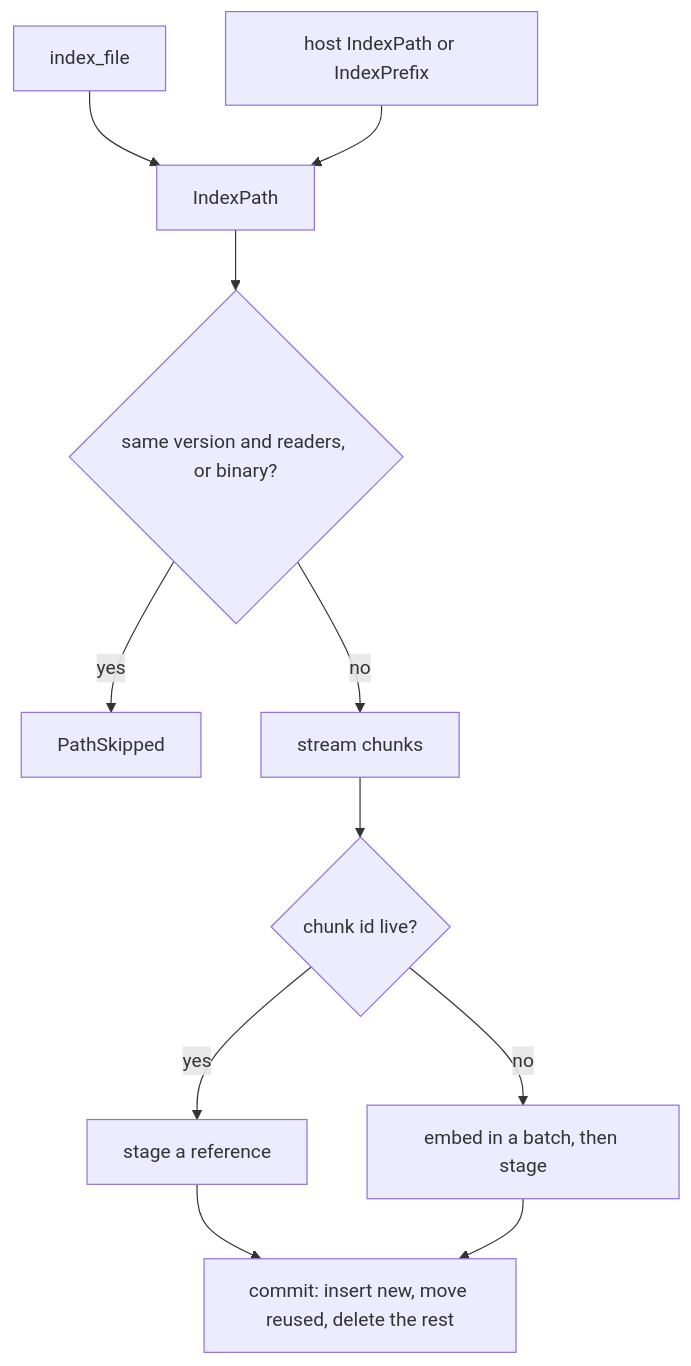
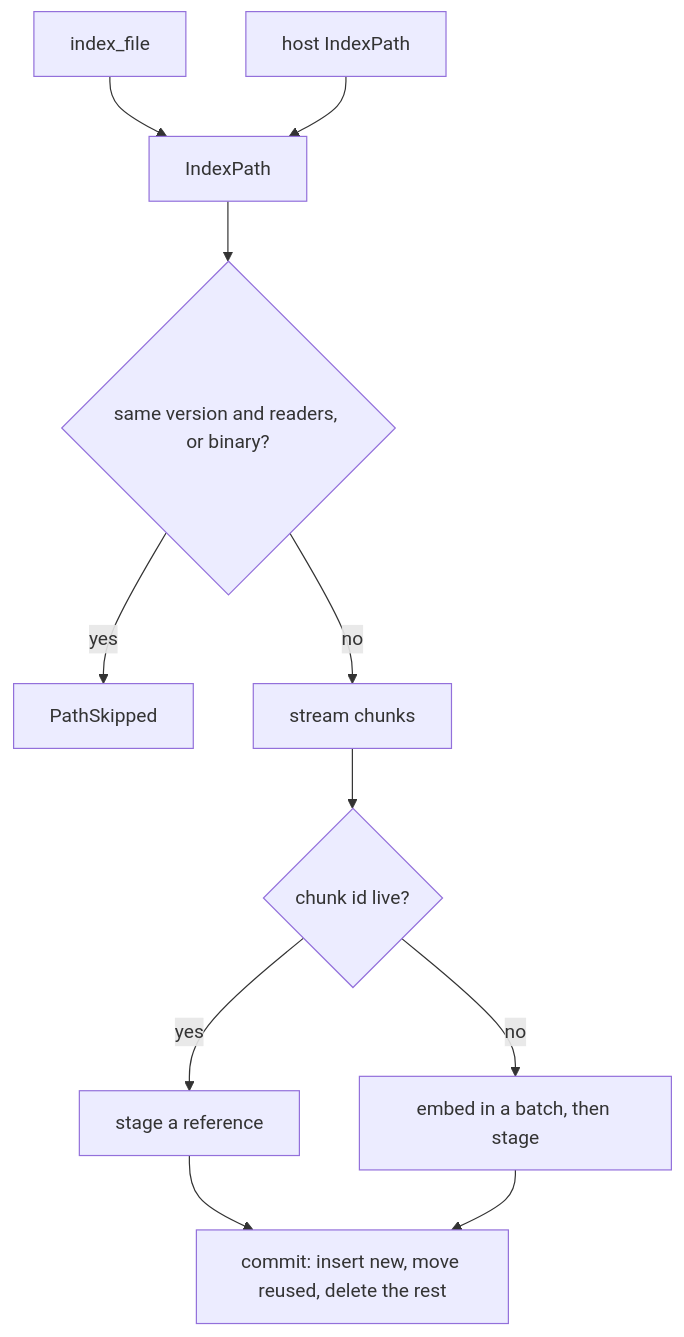
The fourth of 7 diagrams in docs/knowledge.md (Ryanaldo34/tacklr), drawn with Mermaid before and after one commit. The commit also changed other lines of this file and 163 other files, not shown here.

````diff
--- a/docs/knowledge.md
+++ b/docs/knowledge.md
@@ -339,13 +341,13 @@
 ```mermaid
 flowchart TD
     A[index_file] --> IP[IndexPath]
-    B[host IndexPath or IndexPrefix] --> IP
+    B[host IndexPath] --> IP
     IP --> Skip{same version and readers, or binary?}
     Skip -->|yes| Out[PathSkipped]
     Skip -->|no| Read[stream chunks]
     Read --> Known{chunk id live?}
     Known -->|yes| Ref[stage a reference]
     Known -->|no| Emb[embed in a batch, then stage]
     Ref --> Commit[commit: insert new, move reused, delete the rest]
     Emb --> Commit
 ```
````
